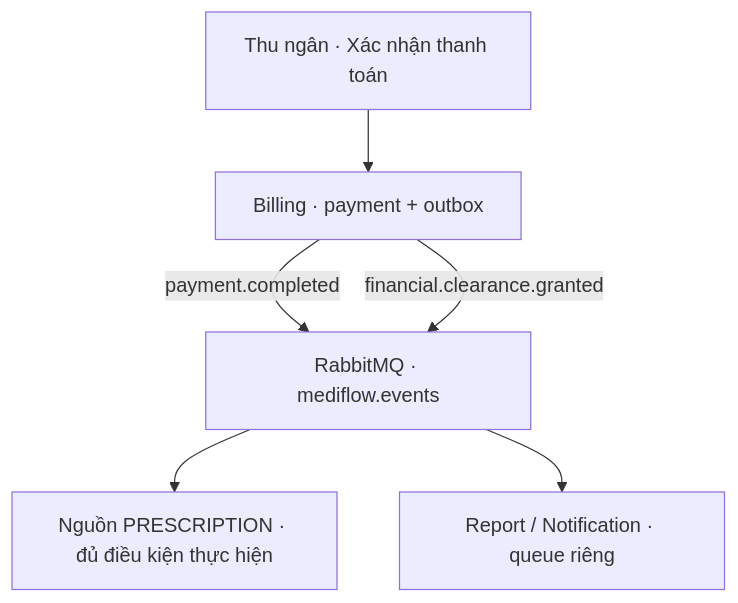
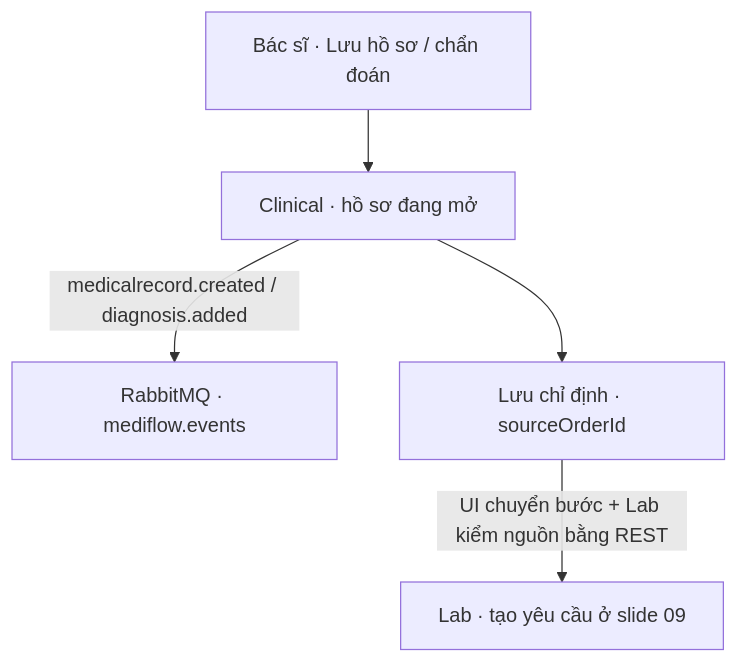
The diagram in scripts/demo_25_10/artifacts/service-demo/diagrams/13.mmd (Dangvinh77/MediFlow), drawn with Mermaid before and after one commit. The commit also changed 27 other files, not shown here.

First line of the commit message:
docs(demo): add FR, use case, architecture and Gateway slides with MediFlow theme

```diff
--- a/scripts/demo_25_10/artifacts/service-demo/diagrams/13.mmd
+++ b/scripts/demo_25_10/artifacts/service-demo/diagrams/13.mmd
@@ -1,6 +1,5 @@
 flowchart TB
-U["Thu ngân · Xác nhận thanh toán"] --> B["Billing · payment + outbox"]
-B -->|"payment.completed"| R["RabbitMQ · mediflow.events"]
-B -->|"financial.clearance.granted"| R
-R --> C["Nguồn PRESCRIPTION · đủ điều kiện thực hiện"]
-R --> S["Report / Notification · queue riêng"]
+U["Bác sĩ · Lưu hồ sơ / chẩn đoán"] --> C["Clinical · hồ sơ đang mở"]
+C -->|"medicalrecord.created / diagnosis.added"| R["RabbitMQ · mediflow.events"]
+C --> O["Lưu chỉ định · sourceOrderId"]
+O -->|"UI chuyển bước + Lab kiểm nguồn bằng REST"| L["Lab · tạo yêu cầu ở slide 09"]
```
